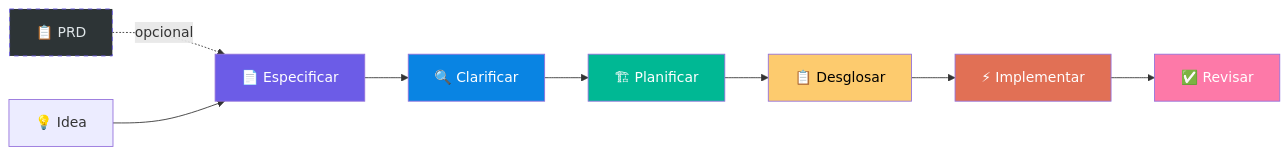
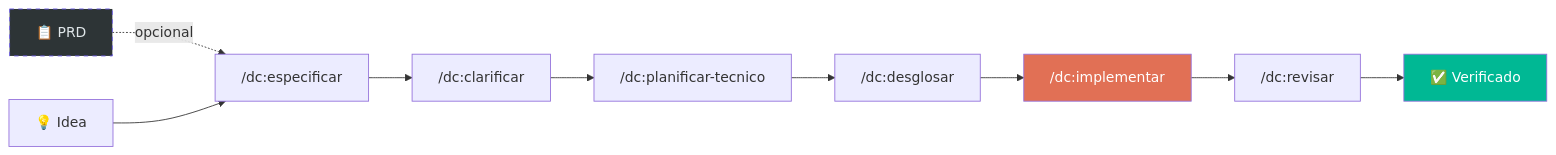
Before and after one commit to doncheli/don-cheli-sdd: the diagram in README.es.md, drawn with Mermaid. The commit also changed other lines of this file and 2 other files, not shown here.

````diff
--- a/README.es.md
+++ b/README.es.md
@@ -164,18 +75,15 @@
 ```mermaid
 flowchart LR
     P["📋 PRD"] -.->|opcional| B
-    A["💡 Idea"] --> B["📄 Especificar"]
-    B --> C["🔍 Clarificar"]
-    C --> D["🏗 Planificar"]
-    D --> E["📋 Desglosar"]
-    E --> F["⚡ Implementar"]
-    F --> G["✅ Revisar"]
+    A["💡 Idea"] --> B["/dc:especificar"]
+    B --> C["/dc:clarificar"]
+    C --> D["/dc:planificar-tecnico"]
+    D --> E["/dc:desglosar"]
+    E --> F["/dc:implementar"]
+    F --> G["/dc:revisar"]
+    G --> H["✅ Verificado"]
 
     style P fill:#2d3436,color:#dfe6e9,stroke:#6c5ce7,stroke-dasharray: 5 5
-    style B fill:#6c5ce7,color:#fff
-    style C fill:#0984e3,color:#fff
-    style D fill:#00b894,color:#fff
-    style E fill:#fdcb6e,color:#000
     style F fill:#e17055,color:#fff
-    style G fill:#fd79a8,color:#fff
+    style H fill:#00b894,color:#fff
 ```
````
